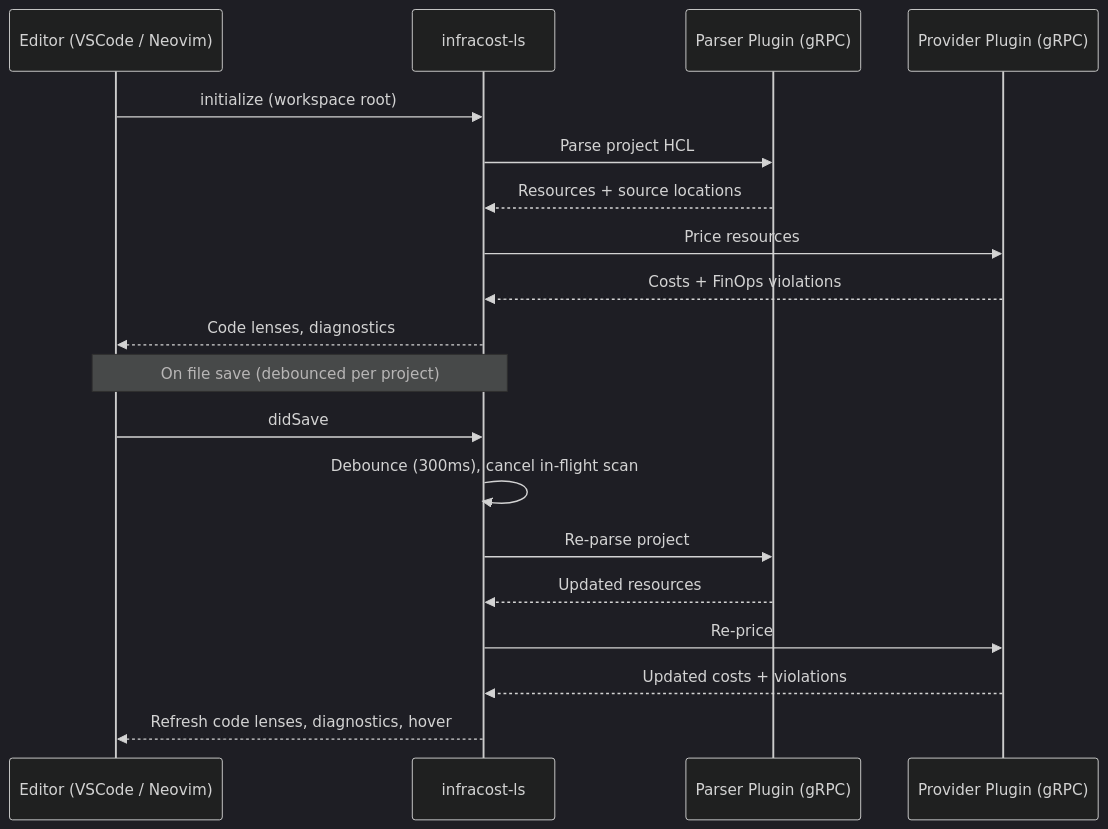
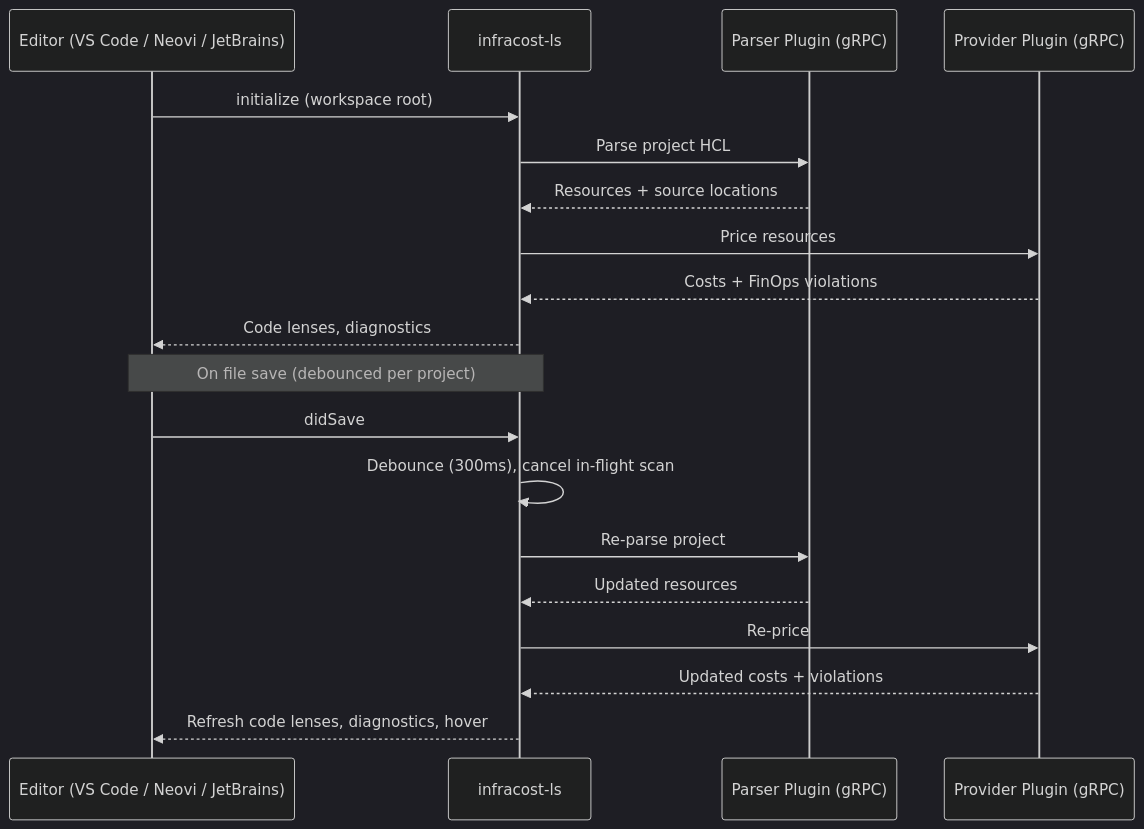
Before and after one commit to infracost/lsp: the diagram in README.md, drawn with Mermaid (dark theme). The commit also changed other lines of this file, not shown here.

````diff
--- a/README.md
+++ b/README.md
@@ -69,23 +89,23 @@
 ```mermaid
 sequenceDiagram
-    participant Editor as Editor (VSCode / Neovim)
+    participant Editor as Editor (VS Code / Neovi / JetBrains)
     participant LSP as infracost-ls
     participant Parser as Parser Plugin (gRPC)
     participant Provider as Provider Plugin (gRPC)
 
     Editor->>LSP: initialize (workspace root)
     LSP->>Parser: Parse project HCL
     Parser-->>LSP: Resources + source locations
     LSP->>Provider: Price resources
     Provider-->>LSP: Costs + FinOps violations
     LSP-->>Editor: Code lenses, diagnostics
 
     Note over Editor,LSP: On file save (debounced per project)
     Editor->>LSP: didSave
     LSP->>LSP: Debounce (300ms), cancel in-flight scan
     LSP->>Parser: Re-parse project
     Parser-->>LSP: Updated resources
     LSP->>Provider: Re-price
     Provider-->>LSP: Updated costs + violations
     LSP-->>Editor: Refresh code lenses, diagnostics, hover
 ```
````
